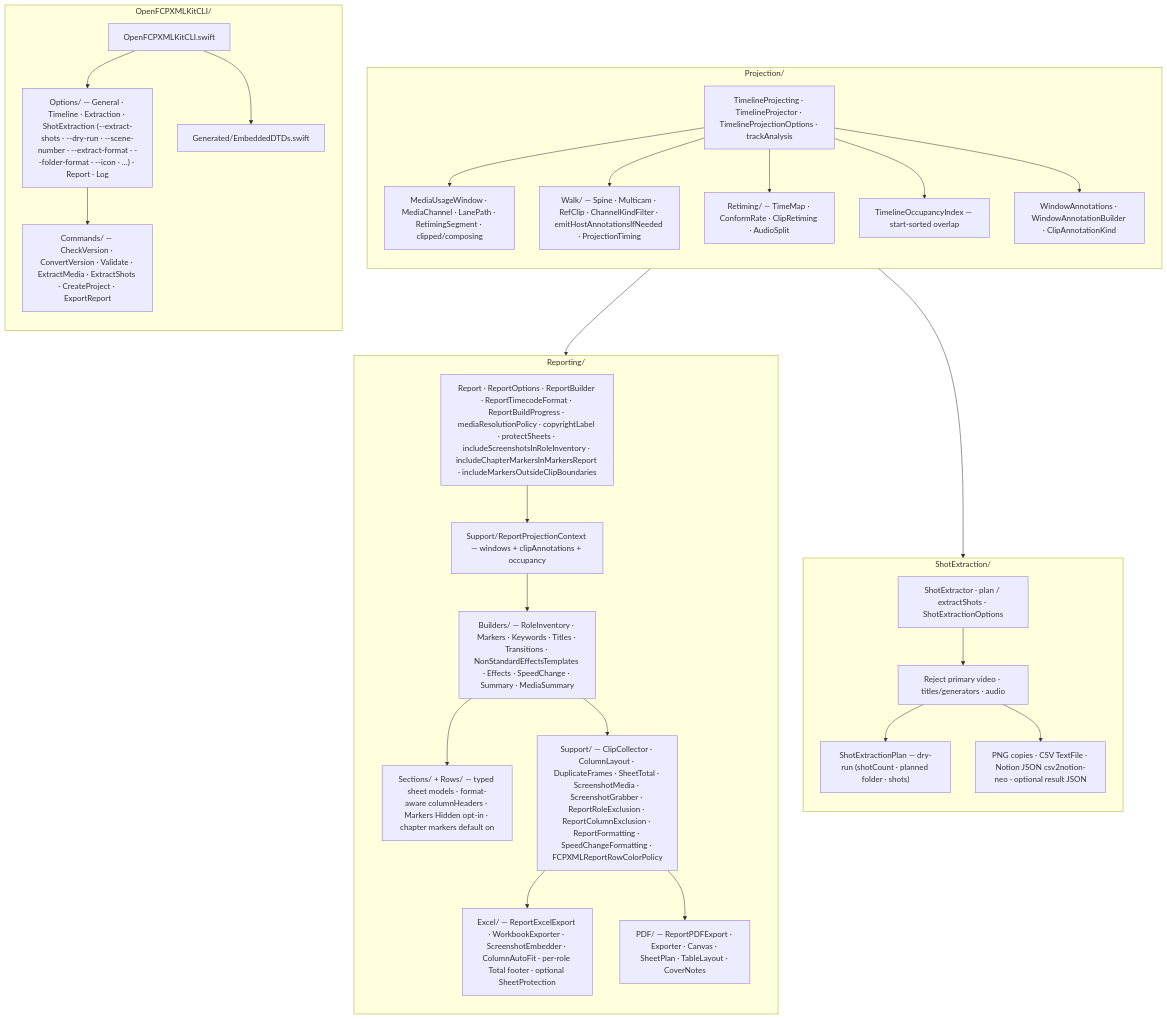
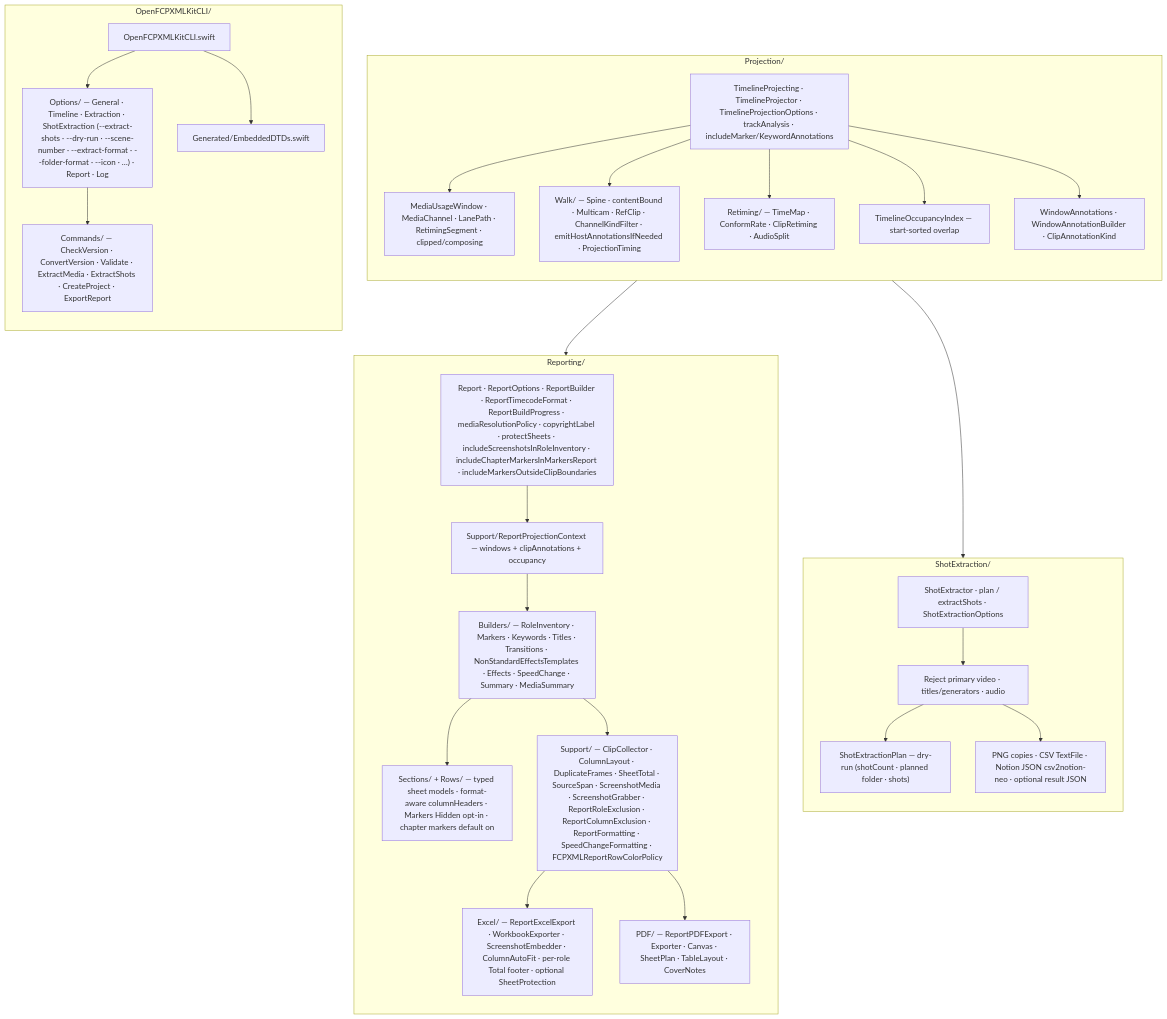
Before and after one commit to TheAcharya/OpenFCPXMLKit: the fifth of 6 diagrams in ARCHITECTURE.md, drawn with Mermaid. The commit also changed other lines of this file and 62 other files, not shown here.

First line of the commit message:
Fix large-report hangs and Speed Change / nested-audio durations.

````diff
--- a/ARCHITECTURE.md
+++ b/ARCHITECTURE.md
@@ -330,56 +342,56 @@
 ```mermaid
 flowchart TB
     subgraph PRJ_DETAIL["Projection/"]
         direction TB
-        P_API["TimelineProjecting · TimelineProjector · TimelineProjectionOptions · trackAnalysis"]
+        P_API["TimelineProjecting · TimelineProjector · TimelineProjectionOptions · trackAnalysis · includeMarker/KeywordAnnotations"]
         P_WIN["MediaUsageWindow · MediaChannel · LanePath · RetimingSegment · clipped/composing"]
-        P_WALK["Walk/ — Spine · Multicam · RefClip · ChannelKindFilter · emitHostAnnotationsIfNeeded · ProjectionTiming"]
+        P_WALK["Walk/ — Spine · contentBound · Multicam · RefClip · ChannelKindFilter · emitHostAnnotationsIfNeeded · ProjectionTiming"]
         P_RET["Retiming/ — TimeMap · ConformRate · ClipRetiming · AudioSplit"]
         P_OCC["TimelineOccupancyIndex — start-sorted overlap"]
         P_ANN["WindowAnnotations · WindowAnnotationBuilder · ClipAnnotationKind"]
         P_API --> P_WIN
         P_API --> P_WALK
         P_API --> P_RET
         P_API --> P_OCC
         P_API --> P_ANN
     end
 
     subgraph REP_DETAIL["Reporting/"]
         direction TB
         R_TOP["Report · ReportOptions · ReportBuilder · ReportTimecodeFormat · ReportBuildProgress · mediaResolutionPolicy · copyrightLabel · protectSheets · includeScreenshotsInRoleInventory · includeChapterMarkersInMarkersReport · includeMarkersOutsideClipBoundaries"]
         R_CTX["Support/ReportProjectionContext — windows + clipAnnotations + occupancy"]
         R_BLD["Builders/ — RoleInventory · Markers · Keywords · Titles · Transitions · NonStandardEffectsTemplates · Effects · SpeedChange · Summary · MediaSummary"]
         R_SEC["Sections/ + Rows/ — typed sheet models · format-aware columnHeaders · Markers Hidden opt-in · chapter markers default on"]
-        R_SUP["Support/ — ClipCollector · ColumnLayout · DuplicateFrames · SheetTotal · ScreenshotMedia · ScreenshotGrabber · ReportRoleExclusion · ReportColumnExclusion · ReportFormatting · SpeedChangeFormatting · FCPXMLReportRowColorPolicy"]
+        R_SUP["Support/ — ClipCollector · ColumnLayout · DuplicateFrames · SheetTotal · SourceSpan · ScreenshotMedia · ScreenshotGrabber · ReportRoleExclusion · ReportColumnExclusion · ReportFormatting · SpeedChangeFormatting · FCPXMLReportRowColorPolicy"]
         R_XLS["Excel/ — ReportExcelExport · WorkbookExporter · ScreenshotEmbedder · ColumnAutoFit · per-role Total footer · optional SheetProtection"]
         R_PDF["PDF/ — ReportPDFExport · Exporter · Canvas · SheetPlan · TableLayout · CoverNotes"]
         R_TOP --> R_CTX --> R_BLD --> R_SEC
         R_BLD --> R_SUP
         R_SUP --> R_XLS
         R_SUP --> R_PDF
     end
 
     PRJ_DETAIL --> REP_DETAIL
     PRJ_DETAIL --> SHOT_DETAIL
 
     subgraph SHOT_DETAIL["ShotExtraction/"]
         direction TB
         S_API["ShotExtractor · plan / extractShots · ShotExtractionOptions"]
         S_PLAN["ShotExtractionPlan — dry-run (shotCount · planned folder · shots)"]
         S_VAL["Reject primary video · titles/generators · audio"]
         S_OUT["PNG copies · CSV TextFile · Notion JSON csv2notion-neo · optional result JSON"]
         S_API --> S_VAL
         S_VAL --> S_PLAN
         S_VAL --> S_OUT
     end
 
     subgraph CLI_DETAIL["OpenFCPXMLKitCLI/"]
         direction TB
         C_ROOT["OpenFCPXMLKitCLI.swift"]
         C_OPT["Options/ — General · Timeline · Extraction · ShotExtraction (--extract-shots · --dry-run · --scene-number · --extract-format · --folder-format · --icon · …) · Report · Log"]
         C_CMD["Commands/ — CheckVersion · ConvertVersion · Validate · ExtractMedia · ExtractShots · CreateProject · ExportReport"]
         C_GEN["Generated/EmbeddedDTDs.swift"]
         C_ROOT --> C_OPT --> C_CMD
         C_ROOT --> C_GEN
     end
 ```
````
